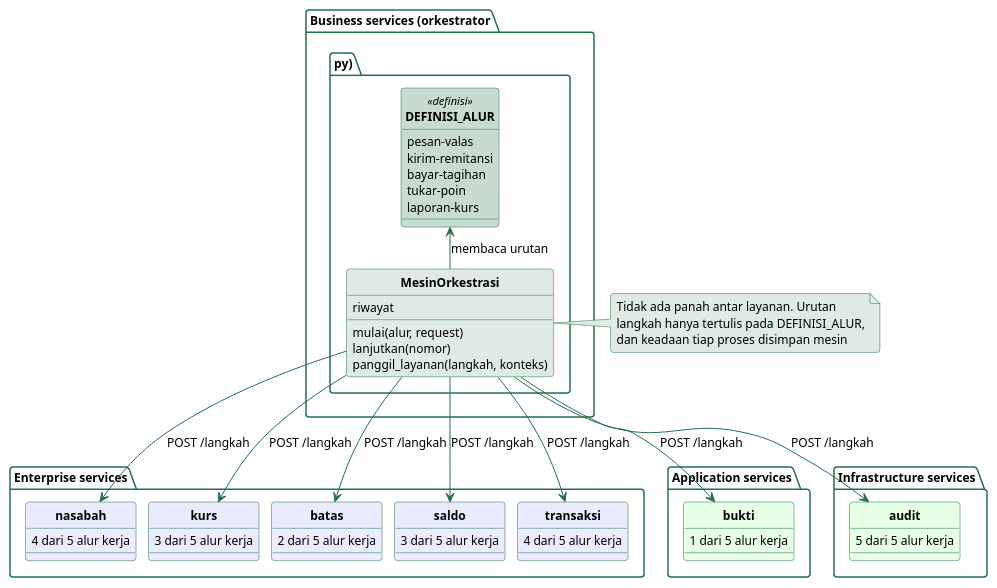
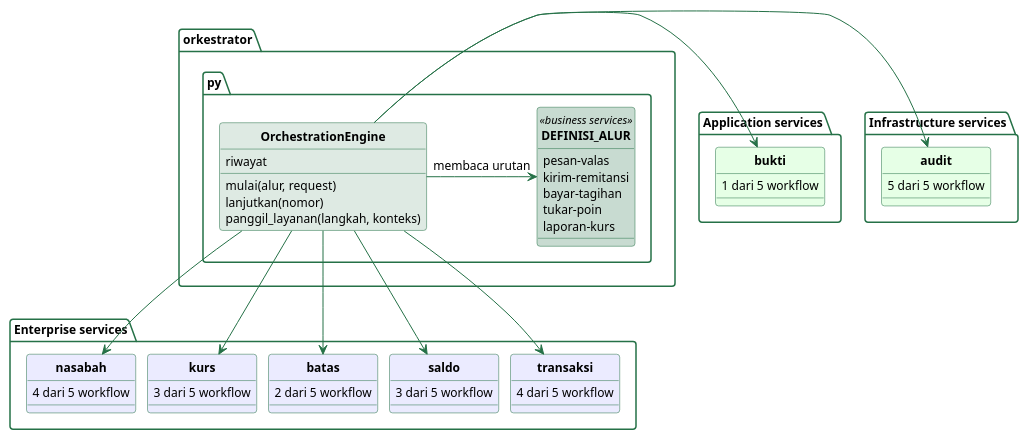
The diagram in sources/chapter12/diagram/kelas-odsoa.puml (alfa-yohannis/software-architecture), drawn with PlantUML before and after one commit. The commit also changed other lines of this file and 29 other files, not shown here.

```diff
--- a/sources/chapter12/diagram/kelas-odsoa.puml
+++ b/sources/chapter12/diagram/kelas-odsoa.puml
@@ -11,94 +11,96 @@
 @startuml
 skinparam backgroundColor transparent
 skinparam defaultFontName Titillium Web
 skinparam defaultFontSize 13
 skinparam shadowing false
 skinparam roundCorner 6
 skinparam classAttributeIconSize 0
 skinparam classFontStyle bold
 skinparam ArrowColor #257147
 skinparam ArrowFontSize 12
 skinparam nodesep 12
 skinparam ranksep 24
 skinparam class {
   BorderColor #257147
   BackgroundColor #EBEBFF
   FontColor black
   AttributeFontSize 12
   StereotypeFontSize 11
 }
 skinparam package {
   BorderColor #257147
   BackgroundColor transparent
   FontColor black
   FontSize 12
 }
 skinparam note {
   BackgroundColor #DEEAE3
   BorderColor #257147
   FontSize 12
 }
 hide circle
 
-package "Business services (orkestrator.py)" {
-  class DEFINISI_ALUR <<definisi>> #C8DBD1 {
+package "orkestrator.py" {
+  class DEFINISI_ALUR <<business services>> #C8DBD1 {
     pesan-valas
     kirim-remitansi
     bayar-tagihan
     tukar-poin
     laporan-kurs
   }
 
-  class MesinOrkestrasi #DEEAE3 {
+  class OrchestrationEngine #DEEAE3 {
     riwayat
     mulai(alur, request)
     lanjutkan(nomor)
     panggil_layanan(langkah, konteks)
   }
 }
 
-package "Enterprise services" {
-  class nasabah #EBEBFF {
-    4 dari 5 alur kerja
-  }
-  class kurs #EBEBFF {
-    3 dari 5 alur kerja
-  }
-  class batas #EBEBFF {
-    2 dari 5 alur kerja
-  }
-  class saldo #EBEBFF {
-    3 dari 5 alur kerja
-  }
-  class transaksi #EBEBFF {
-    4 dari 5 alur kerja
-  }
-}
-
 package "Application services" {
   class bukti #E6FFE6 {
-    1 dari 5 alur kerja
+    1 dari 5 workflow
   }
 }
 
 package "Infrastructure services" {
   class audit #E6FFE6 {
-    5 dari 5 alur kerja
+    5 dari 5 workflow
   }
 }
 
-MesinOrkestrasi -up-> DEFINISI_ALUR : membaca urutan
-MesinOrkestrasi --> nasabah : POST /langkah
-MesinOrkestrasi --> kurs : POST /langkah
-MesinOrkestrasi --> batas : POST /langkah
-MesinOrkestrasi --> saldo : POST /langkah
-MesinOrkestrasi --> transaksi : POST /langkah
-MesinOrkestrasi --> bukti : POST /langkah
-MesinOrkestrasi --> audit : POST /langkah
+package "Enterprise services" {
+  class nasabah #EBEBFF {
+    4 dari 5 workflow
+  }
+  class kurs #EBEBFF {
+    3 dari 5 workflow
+  }
+  class batas #EBEBFF {
+    2 dari 5 workflow
+  }
+  class saldo #EBEBFF {
+    3 dari 5 workflow
+  }
+  class transaksi #EBEBFF {
+    4 dari 5 workflow
+  }
+}
 
-note right of MesinOrkestrasi
-  Tidak ada panah antar layanan. Urutan
-  langkah hanya tertulis pada DEFINISI_ALUR,
-  dan keadaan tiap proses disimpan mesin
-end note
+' Baris atas dibaca dari kiri ke kanan: definisi, engine, lalu application dan
+' infrastructure. Kelima enterprise service berjajar di baris bawah menurut
+' urutan langkah pesan-valas.
+DEFINISI_ALUR <-left- OrchestrationEngine : membaca urutan
+OrchestrationEngine -right-> bukti
+bukti -[hidden]right- audit
+OrchestrationEngine --> nasabah
+OrchestrationEngine --> kurs
+OrchestrationEngine --> batas
+OrchestrationEngine --> saldo
+OrchestrationEngine --> transaksi
+OrchestrationEngine -right-> audit
+nasabah -[hidden]right- kurs
+kurs -[hidden]right- batas
+batas -[hidden]right- saldo
+saldo -[hidden]right- transaksi
 @enduml
```
